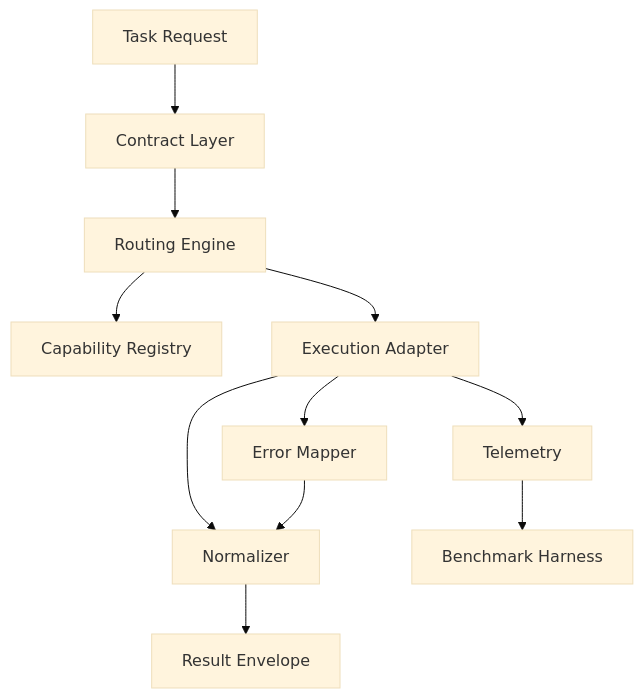
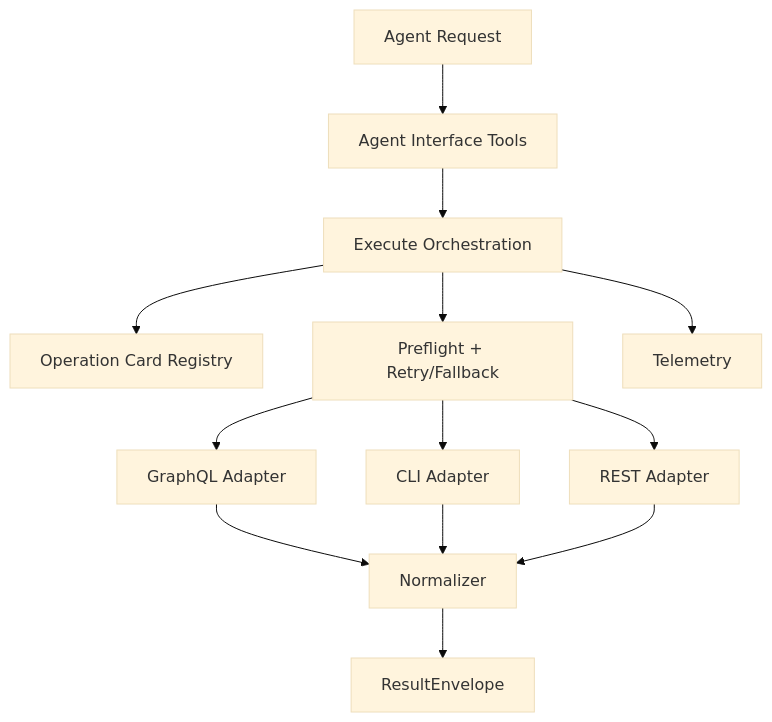
The diagram in docs/architecture/system-design.md (aryeko/ghx-router), drawn with Mermaid (base theme) before and after one commit. The commit also changed other lines of this file and 70 other files, not shown here.

````diff
--- a/docs/architecture/system-design.md
+++ b/docs/architecture/system-design.md
@@ -20,13 +14,15 @@
 ```mermaid
 flowchart TB
-  A[Task Request] --> B[Contract Layer]
-  B --> C[Routing Engine]
-  C --> D[Capability Registry]
-  C --> E[Execution Adapter]
-  E --> F[Normalizer]
-  F --> G[Result Envelope]
-  E --> H[Error Mapper]
-  H --> F
-  E --> I[Telemetry]
-  I --> J[Benchmark Harness]
+  A[Agent Request] --> B[Agent Interface Tools]
+  B --> C[Execute Orchestration]
+  C --> D[Operation Card Registry]
+  C --> E[Preflight + Retry/Fallback]
+  E --> F[GraphQL Adapter]
+  E --> G[CLI Adapter]
+  E --> H[REST Adapter]
+  F --> I[Normalizer]
+  G --> I
+  H --> I
+  I --> J[ResultEnvelope]
+  C --> K[Telemetry]
 ```
````
